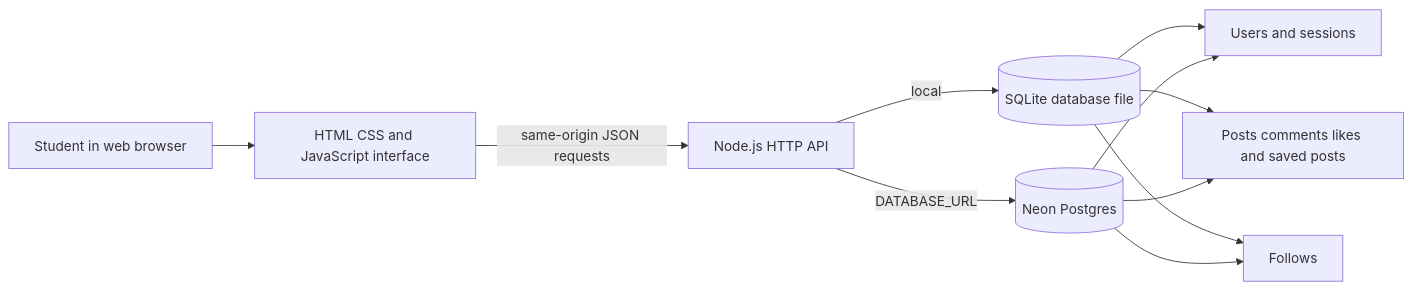
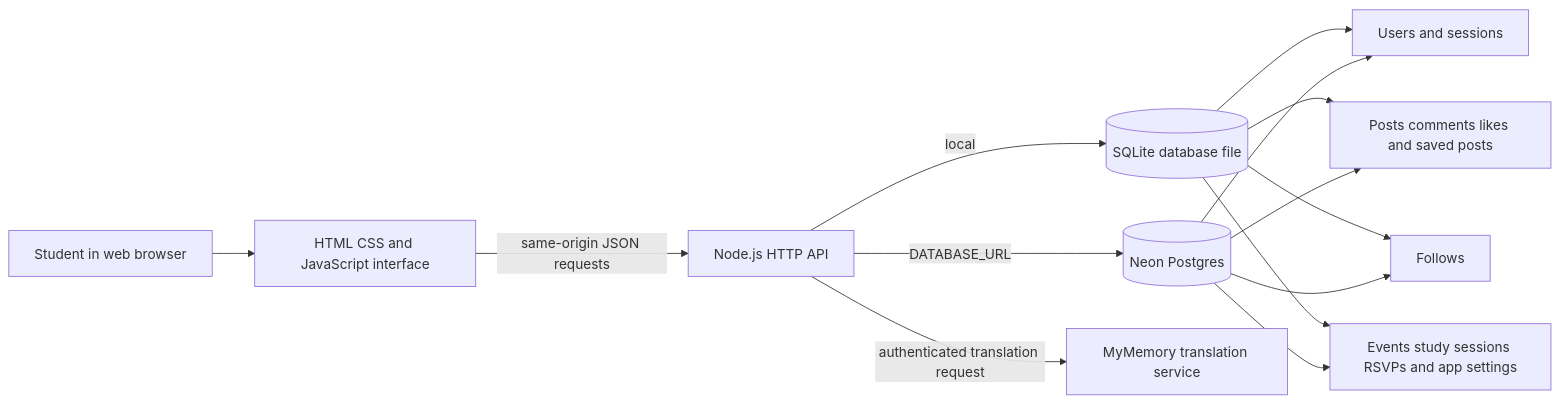
One commit to SsToRR/BIS changed the diagram in docs/architecture.mmd. Above: the diagram before and after it, drawn with Mermaid. The commit also changed 16 other files, not shown here.

```diff
--- a/docs/architecture.mmd
+++ b/docs/architecture.mmd
@@ -1,11 +1,14 @@
 flowchart LR
   Student[Student in web browser] --> UI[HTML CSS and JavaScript interface]
   UI -->|same-origin JSON requests| API[Node.js HTTP API]
   API -->|local| SQLite[(SQLite database file)]
   API -->|DATABASE_URL| Postgres[(Neon Postgres)]
+  API -->|authenticated translation request| Translate[MyMemory translation service]
   SQLite --> USERS[Users and sessions]
   SQLite --> CONTENT[Posts comments likes and saved posts]
   SQLite --> SOCIAL[Follows]
+  SQLite --> CAMPUS[Events study sessions RSVPs and app settings]
   Postgres --> USERS
   Postgres --> CONTENT
   Postgres --> SOCIAL
+  Postgres --> CAMPUS
```
